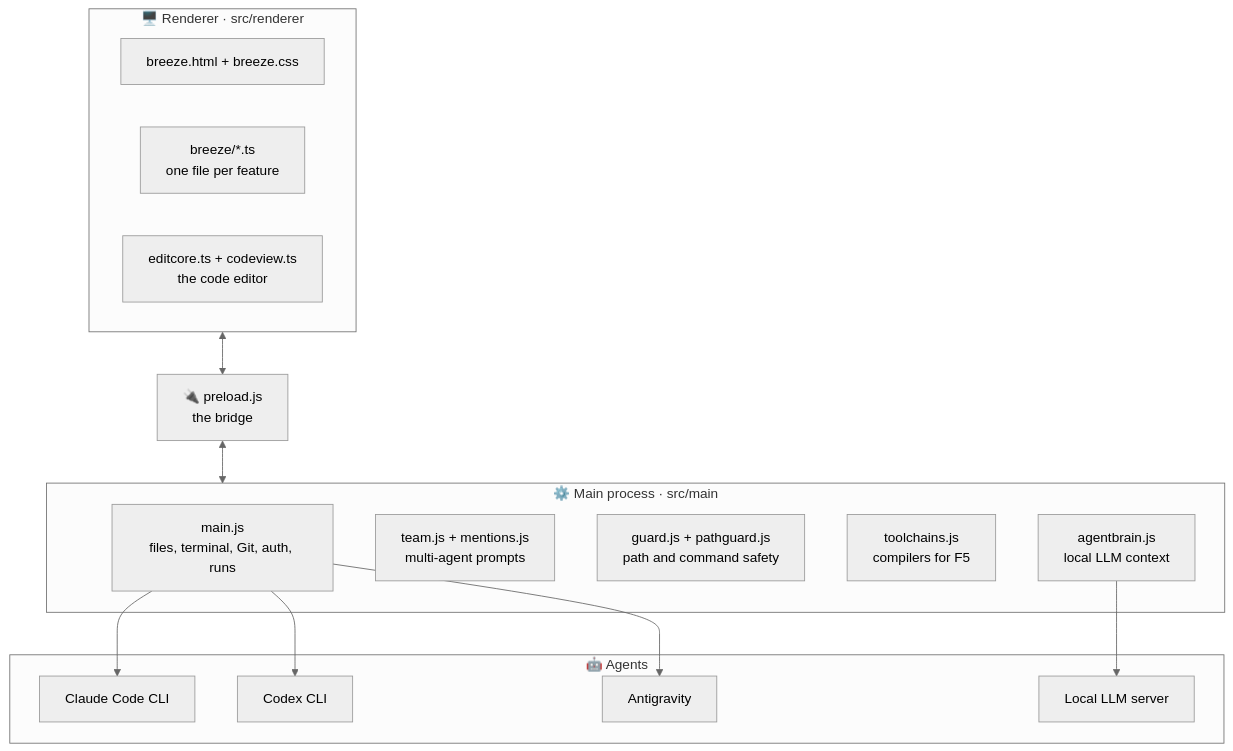
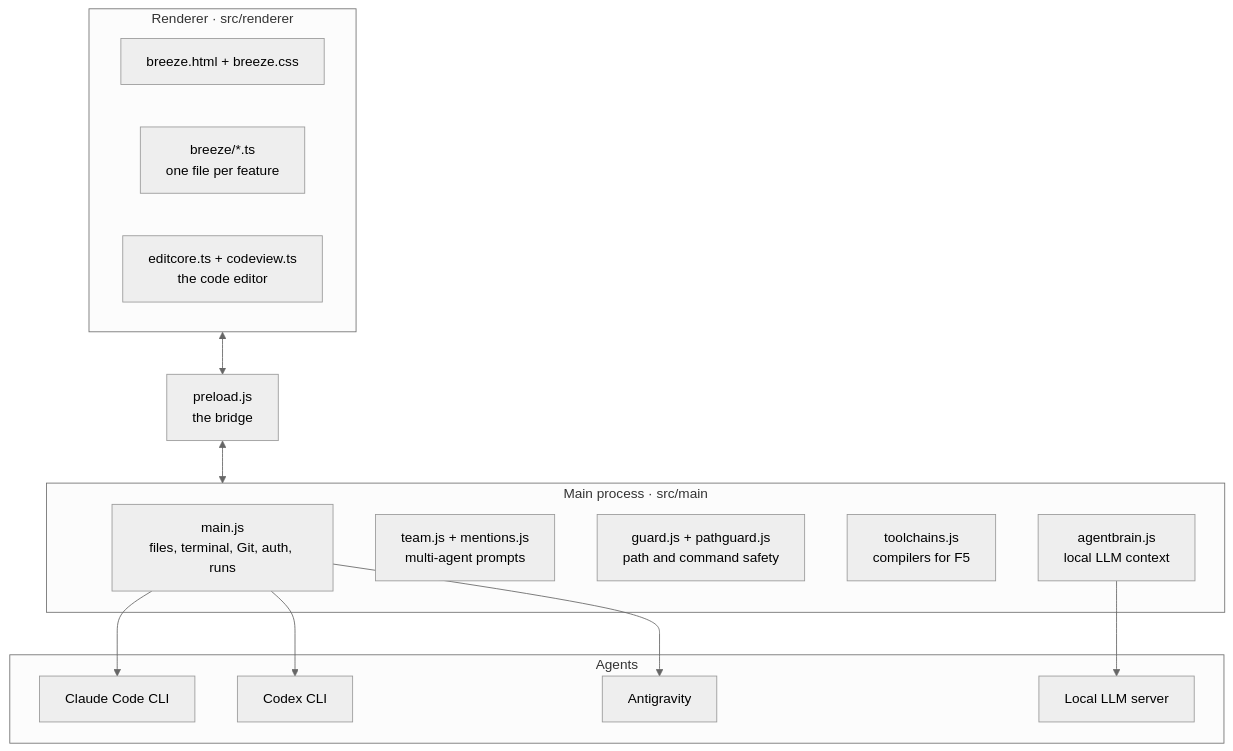
One commit to itsphatto/BreezeCode changed the second of 2 diagrams in README.md. Above: the diagram before and after it, drawn with Mermaid (neutral theme). The commit also changed other lines of this file and 1 other file, not shown here.

````diff
--- a/README.md
+++ b/README.md
@@ -227,25 +227,25 @@
 ```mermaid
 flowchart TB
-    subgraph R["🖥️ Renderer · src/renderer"]
+    subgraph R["Renderer · src/renderer"]
         UI["breeze.html + breeze.css"]
         F["breeze/*.ts<br/>one file per feature"]
         E["editcore.ts + codeview.ts<br/>the code editor"]
     end
-    PL["🔌 preload.js<br/>the bridge"]
-    subgraph M["⚙️ Main process · src/main"]
+    PL["preload.js<br/>the bridge"]
+    subgraph M["Main process · src/main"]
         MJ["main.js<br/>files, terminal, Git, auth, runs"]
         T["team.js + mentions.js<br/>multi-agent prompts"]
         G["guard.js + pathguard.js<br/>path and command safety"]
         TC["toolchains.js<br/>compilers for F5"]
         AB["agentbrain.js<br/>local LLM context"]
     end
-    subgraph A["🤖 Agents"]
+    subgraph A["Agents"]
         CL["Claude Code CLI"]
         CX["Codex CLI"]
         AG["Antigravity"]
         LL["Local LLM server"]
     end
     R <--> PL <--> M
     MJ --> CL & CX & AG
     AB --> LL
 ```
````
